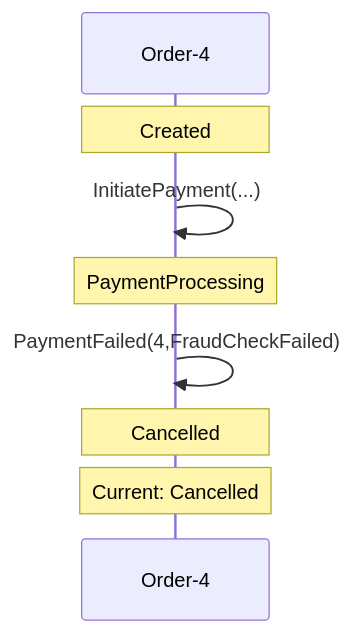
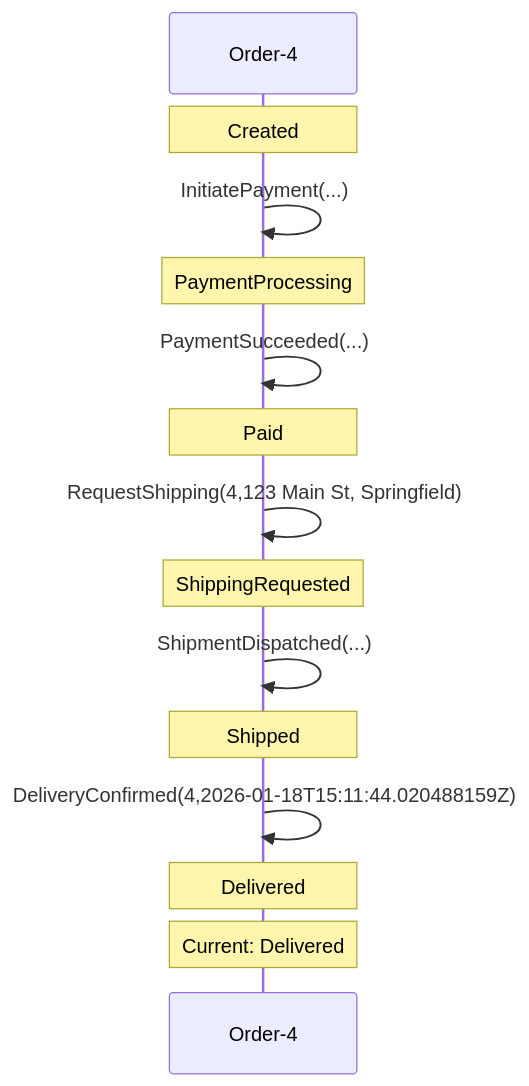
One commit to Iterable/mechanoid changed the first of 2 diagrams in docs/visualizations/order-4-trace.md. Above: the diagram before and after it, drawn with Mermaid. The commit also changed other lines of this file and 26 other files, not shown here.

````diff
--- a/docs/visualizations/order-4-trace.md
+++ b/docs/visualizations/order-4-trace.md
@@ -7,11 +7,17 @@
 ```mermaid
 sequenceDiagram
     participant FSM as Order-4
     Note over FSM: Created
     FSM->>FSM: InitiatePayment(...)
     Note over FSM: PaymentProcessing
-    FSM->>FSM: PaymentFailed(4,FraudCheckFailed)
-    Note over FSM: Cancelled
-    Note over FSM: Current: Cancelled
+    FSM->>FSM: PaymentSucceeded(...)
+    Note over FSM: Paid
+    FSM->>FSM: RequestShipping(4,123 Main St, Springfield)
+    Note over FSM: ShippingRequested
+    FSM->>FSM: ShipmentDispatched(...)
+    Note over FSM: Shipped
+    FSM->>FSM: DeliveryConfirmed(4,2026-01-18T15:11:44.020488159Z)
+    Note over FSM: Delivered
+    Note over FSM: Current: Delivered
 
 ```
````
